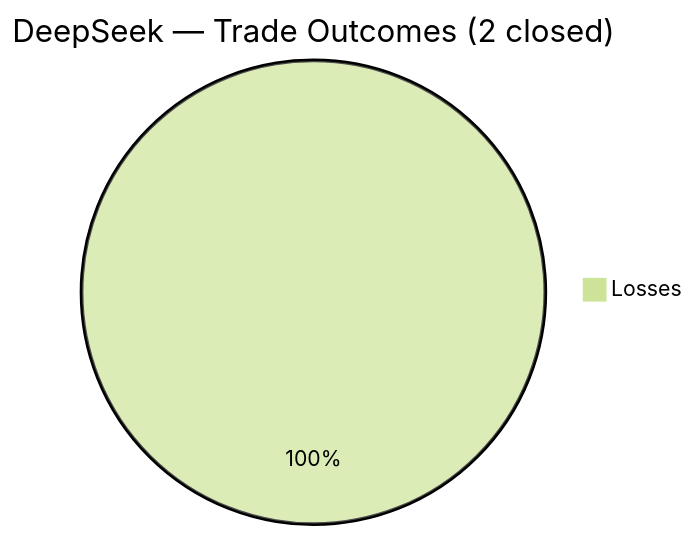
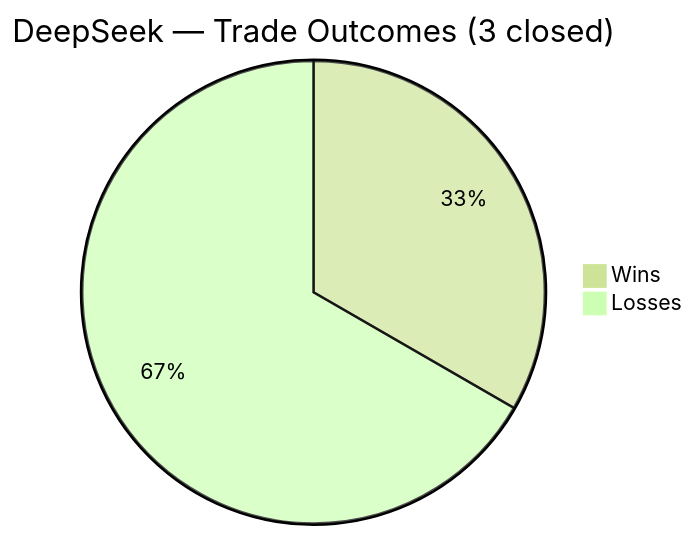
The fourth of 5 diagrams in README.md (zachisit/ai-auto-buy-thesis), drawn with Mermaid (forest theme) before and after one commit. The commit also changed other lines of this file and 2 other files, not shown here.

````diff
--- a/README.md
+++ b/README.md
@@ -53,4 +53,5 @@
 ```mermaid
-pie title DeepSeek — Trade Outcomes (2 closed)
+pie title DeepSeek — Trade Outcomes (3 closed)
+    "Wins" : 1
     "Losses" : 2
 ```
````
